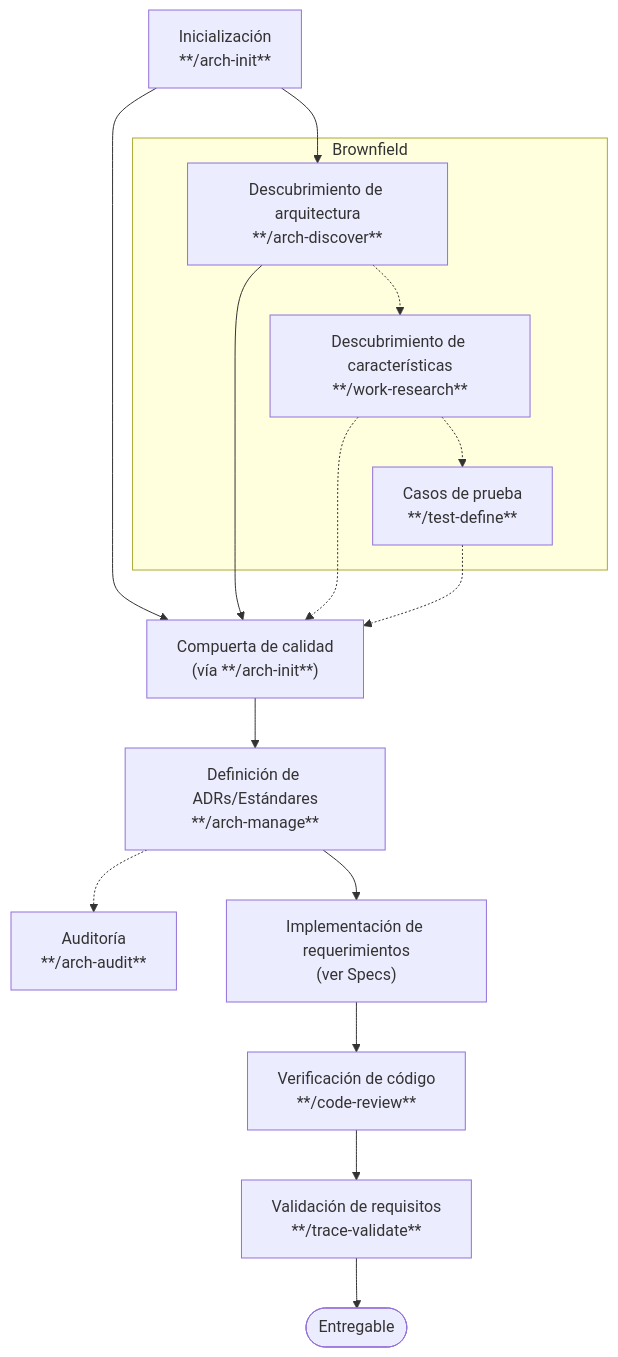
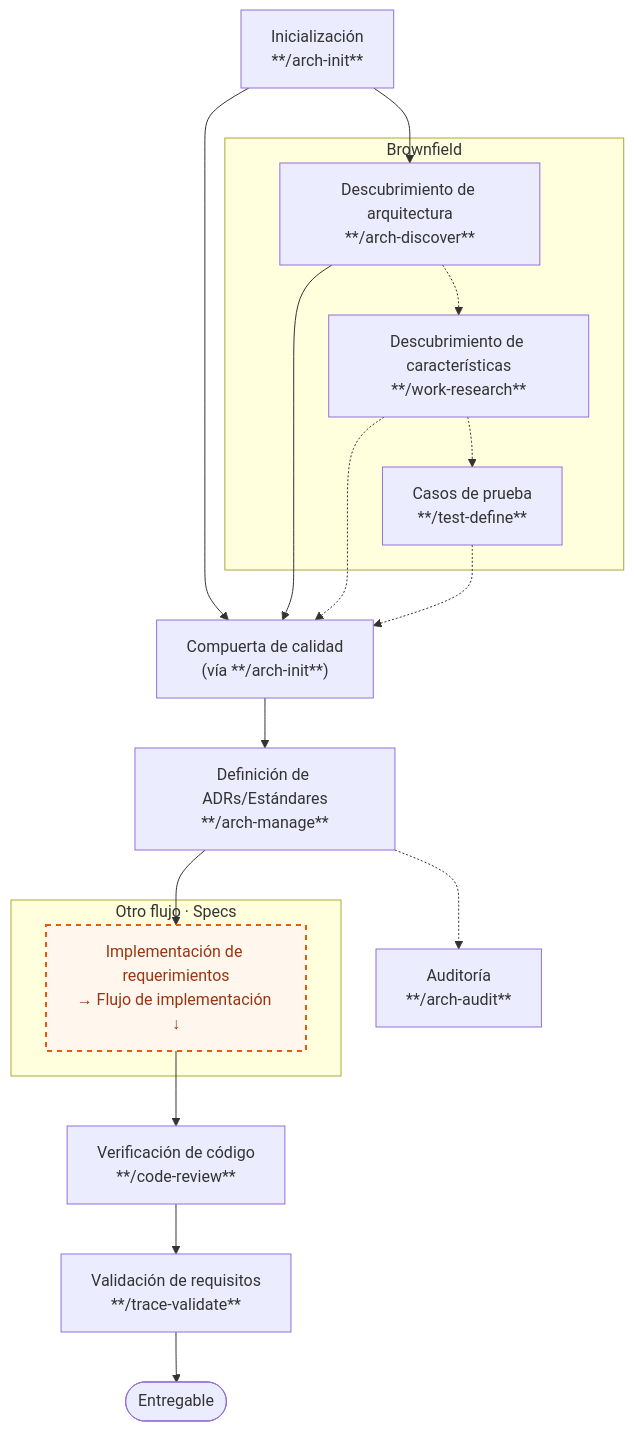
One commit to juanca202/ai changed the first of 2 diagrams in README.md. Above: the diagram before and after it, drawn with Mermaid. The commit also changed other lines of this file and 1 other file, not shown here.

Commit message:
docs: refine README and SKILLS.md for clarity and examples
Updated the README.md to enhance the description of the harness flow, replacing terminology for better understanding. Added a nested flow diagram for the implementation process and clarified the entry points. In SKILLS.md, improved the invocation examples for various skills, providing clearer context and usage scenarios to aid users in understanding how to effectively utilize each skill within the SDD Devkit.

````diff
--- a/README.md
+++ b/README.md
@@ -37,20 +37,27 @@
 ```mermaid
 flowchart TD
     INIT["Inicialización<br/>**/arch-init**"]
     subgraph BF["Brownfield"]
         BA["Descubrimiento de arquitectura<br/>**/arch-discover**"]
         BA -.-> WR["Descubrimiento de características<br/>**/work-research**"]
         WR -.-> TD["Casos de prueba<br/>**/test-define**"]
     end
     INIT --> BA
     INIT --> T["Compuerta de calidad<br/>(vía **/arch-init**)"]
     BA --> T
     WR -.-> T
     TD -.-> T
     T --> S["Definición de ADRs/Estándares<br/>**/arch-manage**"]
     S -.-> AUD["Auditoría<br/>**/arch-audit**"]
-    S --> IMPL["Implementación de requerimientos<br/>(ver Specs)"]
+    subgraph NESTED["Otro flujo · Specs"]
+        IMPL["Implementación de requerimientos<br/>→ Flujo de implementación ↓"]
+    end
+    S --> IMPL
     IMPL --> V1["Verificación de código<br/>**/code-review**"]
     V1 --> V2["Validación de requisitos<br/>**/trace-validate**"]
     V2 --> DONE(["Entregable"])
+
+    classDef nestedFlow fill:#fff7ed,stroke:#ea580c,stroke-width:2px,stroke-dasharray:5 5,color:#9a3412
+    class IMPL nestedFlow
+    click IMPL href "#flujo-de-implementación" "Ir al Flujo de implementación"
 ```
````
